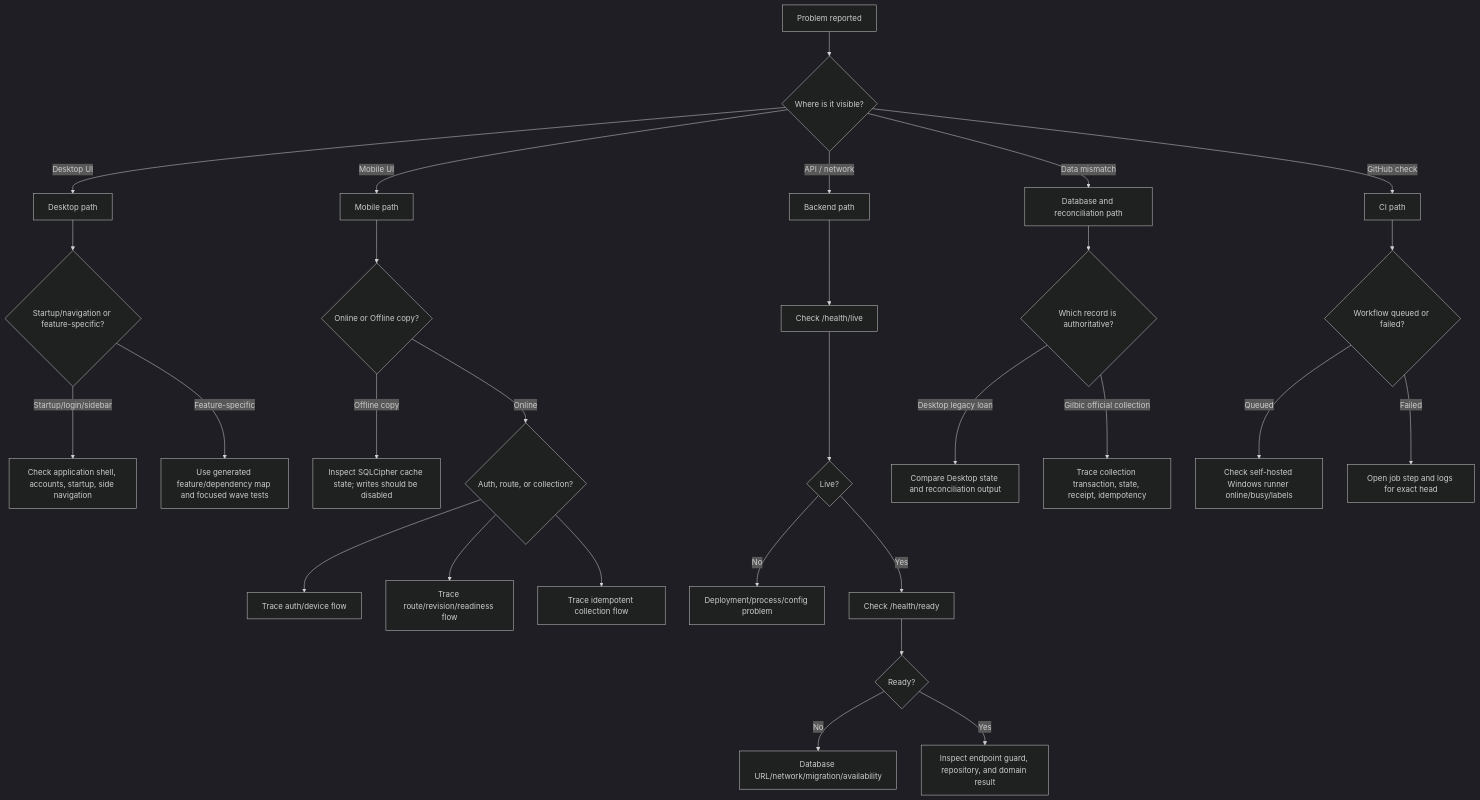
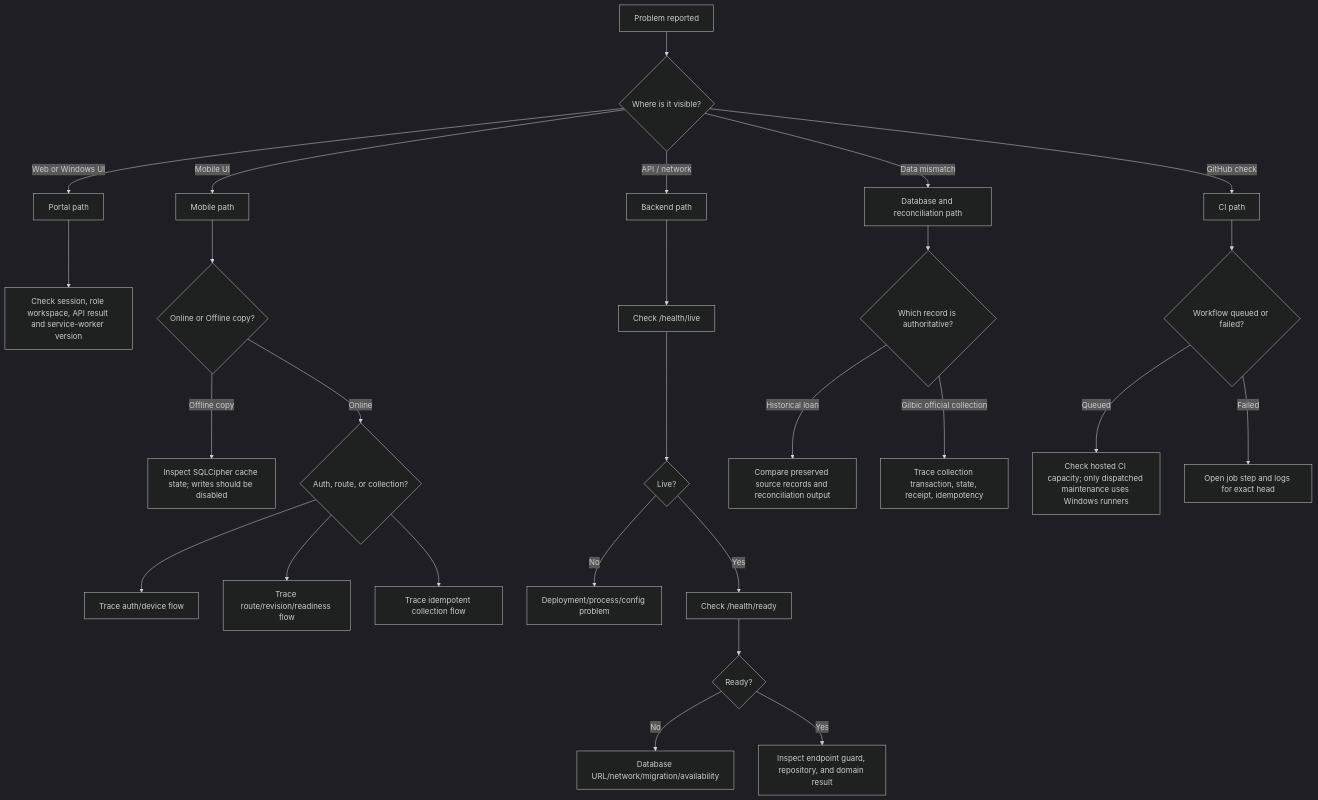
The diagram in docs/architecture/debugging-playbook.md (GILBIC/spina-lending-app), drawn with Mermaid (dark theme) before and after one commit. The commit also changed other lines of this file and 567 other files, not shown here.

Commit message:
Retire legacy desktop and resolve platform audit findings

````diff
--- a/docs/architecture/debugging-playbook.md
+++ b/docs/architecture/debugging-playbook.md
@@ -50,37 +50,35 @@
 ```mermaid
 flowchart TD
     START[Problem reported] --> WHERE{Where is it visible?}
 
-    WHERE -->|Desktop UI| DESK[Desktop path]
+    WHERE -->|Web or Windows UI| DESK[Portal path]
     WHERE -->|Mobile UI| MOB[Mobile path]
     WHERE -->|API / network| API[Backend path]
     WHERE -->|Data mismatch| DATA[Database and reconciliation path]
     WHERE -->|GitHub check| CI[CI path]
 
-    DESK --> D1{Startup/navigation or feature-specific?}
-    D1 -->|Startup/login/sidebar| DSHELL[Check application shell, accounts, startup, side navigation]
-    D1 -->|Feature-specific| DFEATURE[Use generated feature/dependency map and focused wave tests]
+    DESK --> D1[Check session, role workspace, API result and service-worker version]
 
     MOB --> M1{Online or Offline copy?}
     M1 -->|Offline copy| MCACHE[Inspect SQLCipher cache state; writes should be disabled]
     M1 -->|Online| M2{Auth, route, or collection?}
     M2 --> MAUTH[Trace auth/device flow]
     M2 --> MROUTE[Trace route/revision/readiness flow]
     M2 --> MCOLLECT[Trace idempotent collection flow]
 
     API --> H1[Check /health/live]
     H1 --> H2{Live?}
     H2 -->|No| PROCESS[Deployment/process/config problem]
     H2 -->|Yes| READY[Check /health/ready]
     READY --> H3{Ready?}
     H3 -->|No| DBENV[Database URL/network/migration/availability]
     H3 -->|Yes| REQUEST[Inspect endpoint guard, repository, and domain result]
 
     DATA --> AUTHORITY{Which record is authoritative?}
-    AUTHORITY -->|Desktop legacy loan| RECON[Compare Desktop state and reconciliation output]
+    AUTHORITY -->|Historical loan| RECON[Compare preserved source records and reconciliation output]
     AUTHORITY -->|Gilbic official collection| POSTING[Trace collection transaction, state, receipt, idempotency]
 
     CI --> RUNNER{Workflow queued or failed?}
-    RUNNER -->|Queued| QUEUE[Check self-hosted Windows runner online/busy/labels]
+    RUNNER -->|Queued| QUEUE[Check hosted CI capacity; only dispatched maintenance uses Windows runners]
     RUNNER -->|Failed| STEP[Open job step and logs for exact head]
 ```
````
